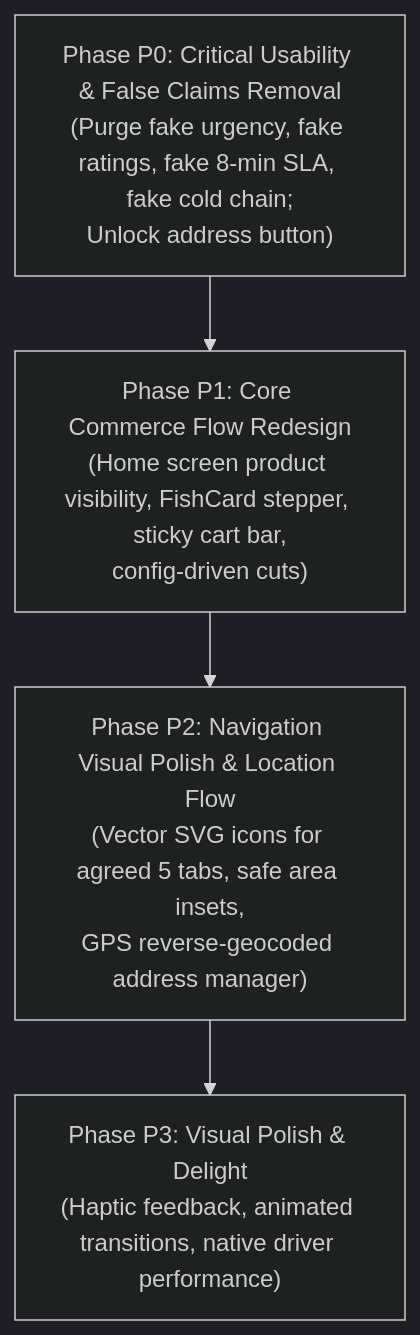
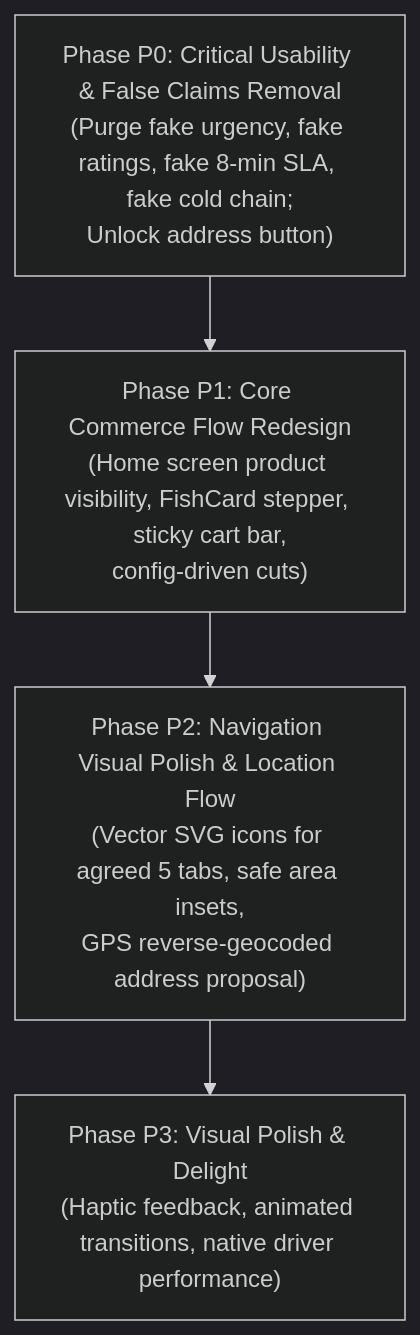
Before and after one commit to sprojectxx/POND_FISH: the diagram in Documentation/audit/CUSTOMER_APP_UI_UX_AUDIT.md, drawn with Mermaid (dark theme). The commit also changed other lines of this file and 1 other file, not shown here.

````diff
--- a/Documentation/audit/CUSTOMER_APP_UI_UX_AUDIT.md
+++ b/Documentation/audit/CUSTOMER_APP_UI_UX_AUDIT.md
@@ -630,9 +633,9 @@
 ```mermaid
 flowchart TD
     P0["Phase P0: Critical Usability & False Claims Removal\n(Purge fake urgency, fake ratings, fake 8-min SLA, fake cold chain;\nUnlock address button)"]
     P1["Phase P1: Core Commerce Flow Redesign\n(Home screen product visibility, FishCard stepper, sticky cart bar,\nconfig-driven cuts)"]
-    P2["Phase P2: Navigation Visual Polish & Location Flow\n(Vector SVG icons for agreed 5 tabs, safe area insets,\nGPS reverse-geocoded address manager)"]
+    P2["Phase P2: Navigation Visual Polish & Location Flow\n(Vector SVG icons for agreed 5 tabs, safe area insets,\nGPS reverse-geocoded address proposal)"]
     P3["Phase P3: Visual Polish & Delight\n(Haptic feedback, animated transitions, native driver performance)"]
 
     P0 --> P1 --> P2 --> P3
 ```
````
